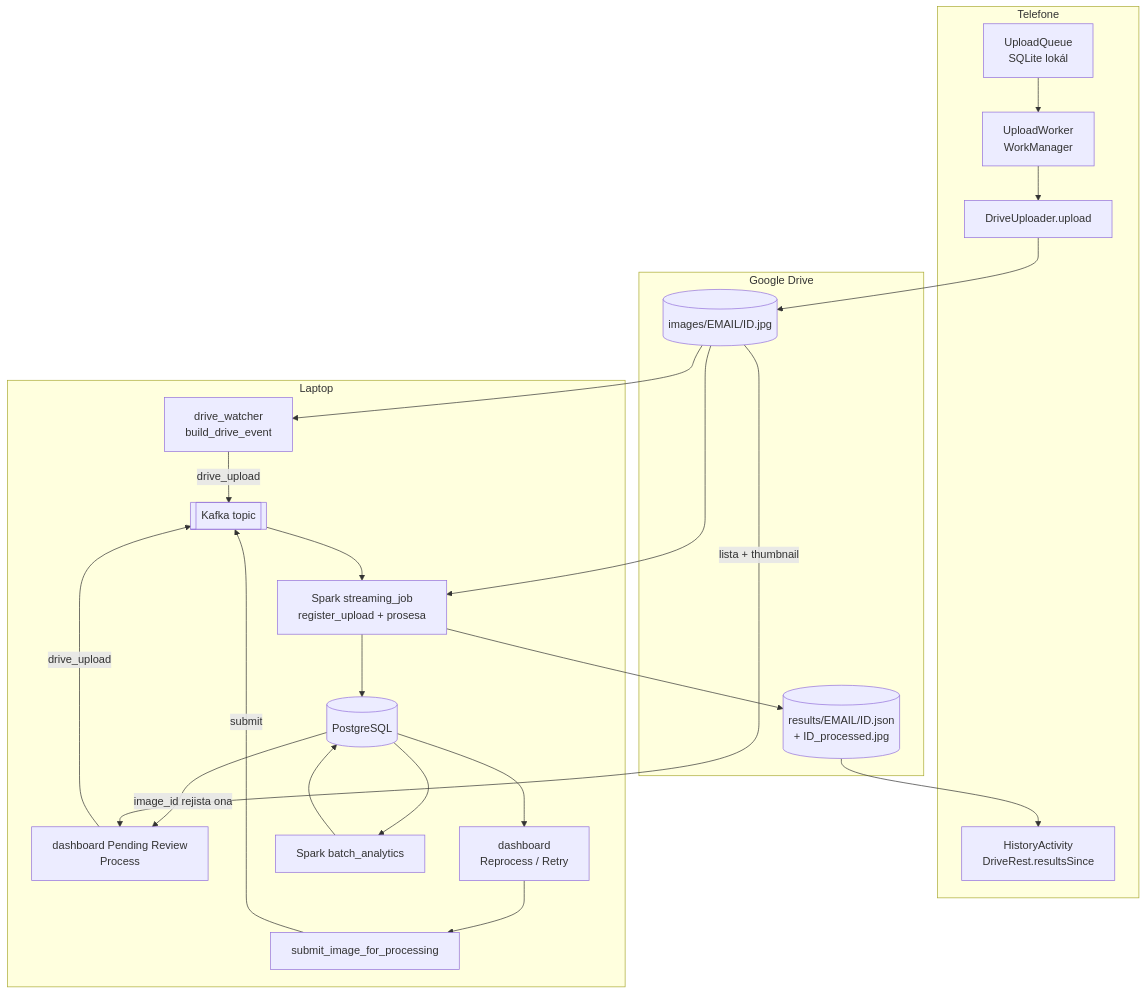
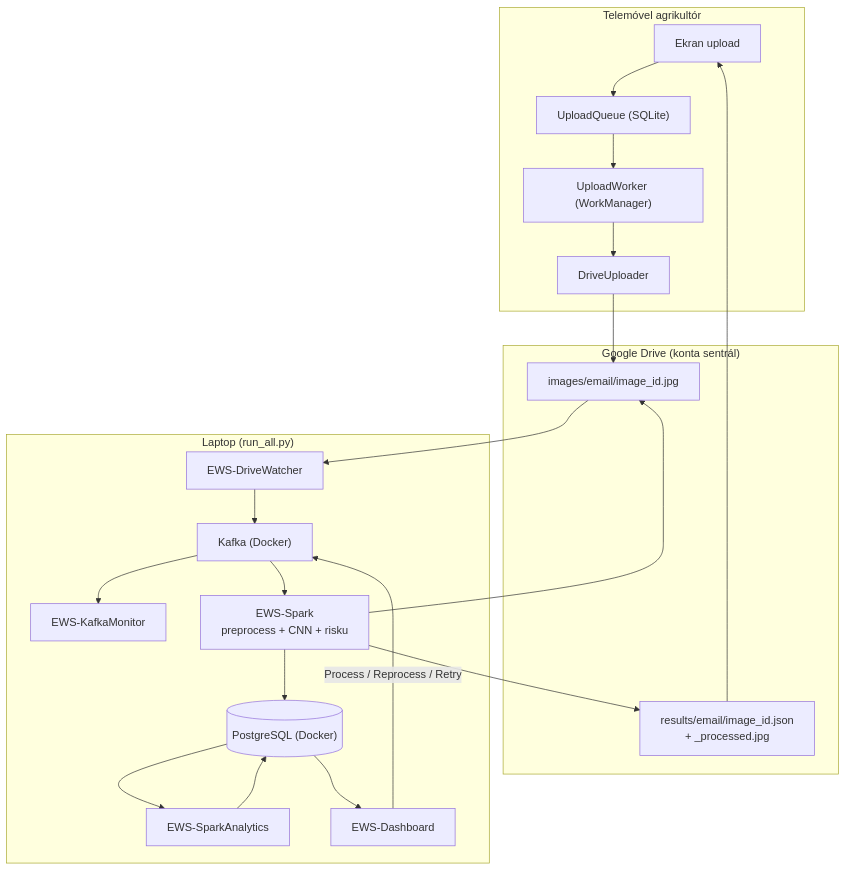
The first of 6 diagrams in documentation/technical_modules/src/06_end_to_end_integration_module.md (AOD-collab/-crop-disease-ews), drawn with Mermaid before and after one commit. The commit also changed other lines of this file and 41 other files, not shown here.

````diff
--- a/documentation/technical_modules/src/06_end_to_end_integration_module.md
+++ b/documentation/technical_modules/src/06_end_to_end_integration_module.md
@@ -61,28 +86,27 @@
 ```mermaid
 flowchart TD
-    subgraph Telefone
-      Q[UploadQueue<br/>SQLite lokál] --> UW[UploadWorker<br/>WorkManager]
-      UW --> DU[DriveUploader.upload]
-      HI[HistoryActivity<br/>DriveRest.resultsSince]
+    subgraph Telemovel["Telemóvel agrikultór"]
+        A1["Ekran upload"] --> A2["UploadQueue (SQLite)"]
+        A2 --> A3["UploadWorker (WorkManager)"]
+        A3 --> A4["DriveUploader"]
     end
-    subgraph Google_Drive[Google Drive]
-      IMG[(images/EMAIL/ID.jpg)]
-      RES[(results/EMAIL/ID.json<br/>+ ID_processed.jpg)]
+    subgraph Nuvem["Google Drive (konta sentrál)"]
+        G1["images/email/image_id.jpg"]
+        G2["results/email/image_id.json<br/>+ _processed.jpg"]
     end
-    subgraph Laptop
-      W[drive_watcher<br/>build_drive_event] -- "drive_upload" --> K[[Kafka topic]]
-      PEND[dashboard Pending Review<br/>Process] -- "drive_upload" --> K
-      DASH[dashboard<br/>Reprocess / Retry] --> PS[submit_image_for_processing] -- "submit" --> K
-      K --> SP[Spark streaming_job<br/>register_upload + prosesa]
-      SP --> PG[(PostgreSQL)]
-      PG --> BA[Spark batch_analytics] --> PG
-      PG --> DASH
-      PG -- "image_id rejista ona" --> PEND
+    subgraph Laptop["Laptop (run_all.py)"]
+        W["EWS-DriveWatcher"] --> K["Kafka (Docker)"]
+        K --> M["EWS-KafkaMonitor"]
+        K --> S["EWS-Spark<br/>preprocess + CNN + risku"]
+        S --> D[("PostgreSQL (Docker)")]
+        D --> SA["EWS-SparkAnalytics"]
+        SA --> D
+        D --> DB["EWS-Dashboard"]
+        DB -- "Process / Reprocess / Retry" --> K
     end
-    DU --> IMG
-    IMG --> W
-    IMG -- "lista + thumbnail" --> PEND
-    IMG --> SP
-    SP --> RES
-    RES --> HI
+    A4 --> G1
+    G1 --> W
+    S --> G1
+    S --> G2
+    G2 --> A1
 ```
````
